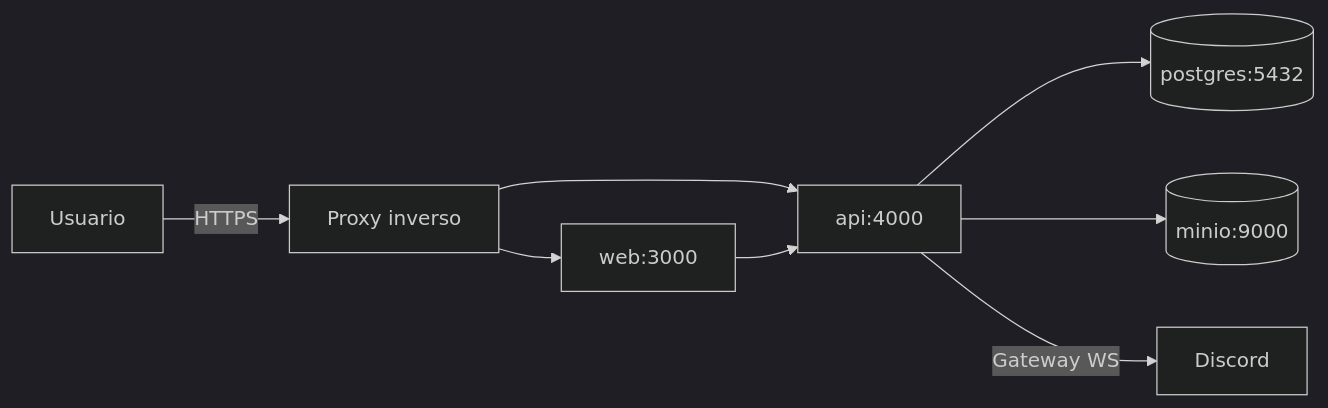
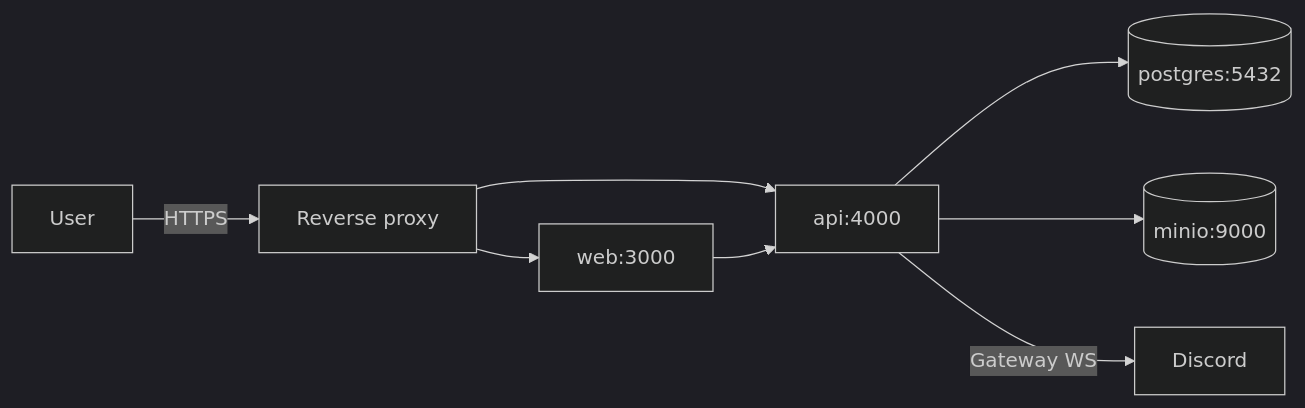
Before and after one commit to Dieguezar/opentournament: the diagram in docs/DEPLOYMENT.md, drawn with Mermaid (dark theme). The commit also changed other lines of this file and 16 other files, not shown here.

Commit message:
docs(architecture): align English technical reference

````diff
--- a/docs/DEPLOYMENT.md
+++ b/docs/DEPLOYMENT.md
@@ -16,10 +15,10 @@
 ```mermaid
 flowchart LR
-  U[Usuario] -->|HTTPS| P[Proxy inverso]
+  U[User] -->|HTTPS| P[Reverse proxy]
   P --> Web[web:3000]
   P --> API[api:4000]
   Web --> API
   API --> PG[(postgres:5432)]
   API --> MIN[(minio:9000)]
   API -->|Gateway WS| DISC[Discord]
 ```
````
